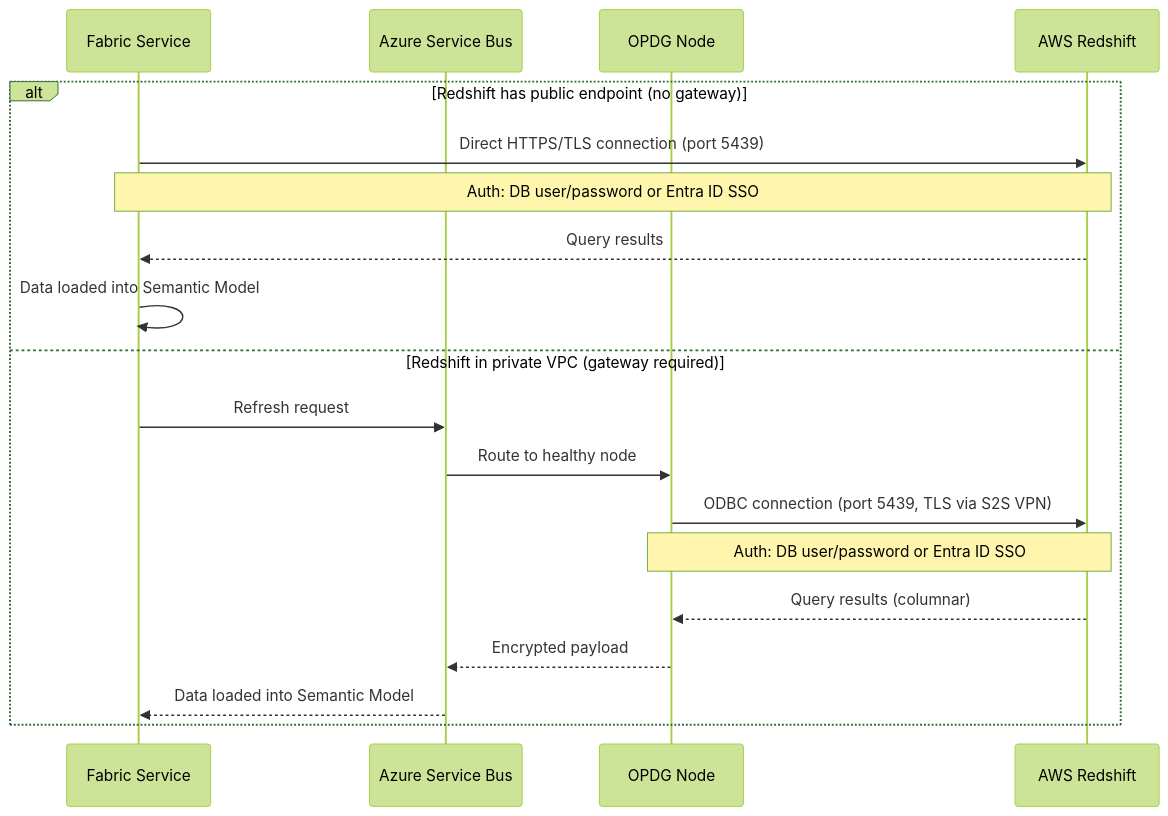
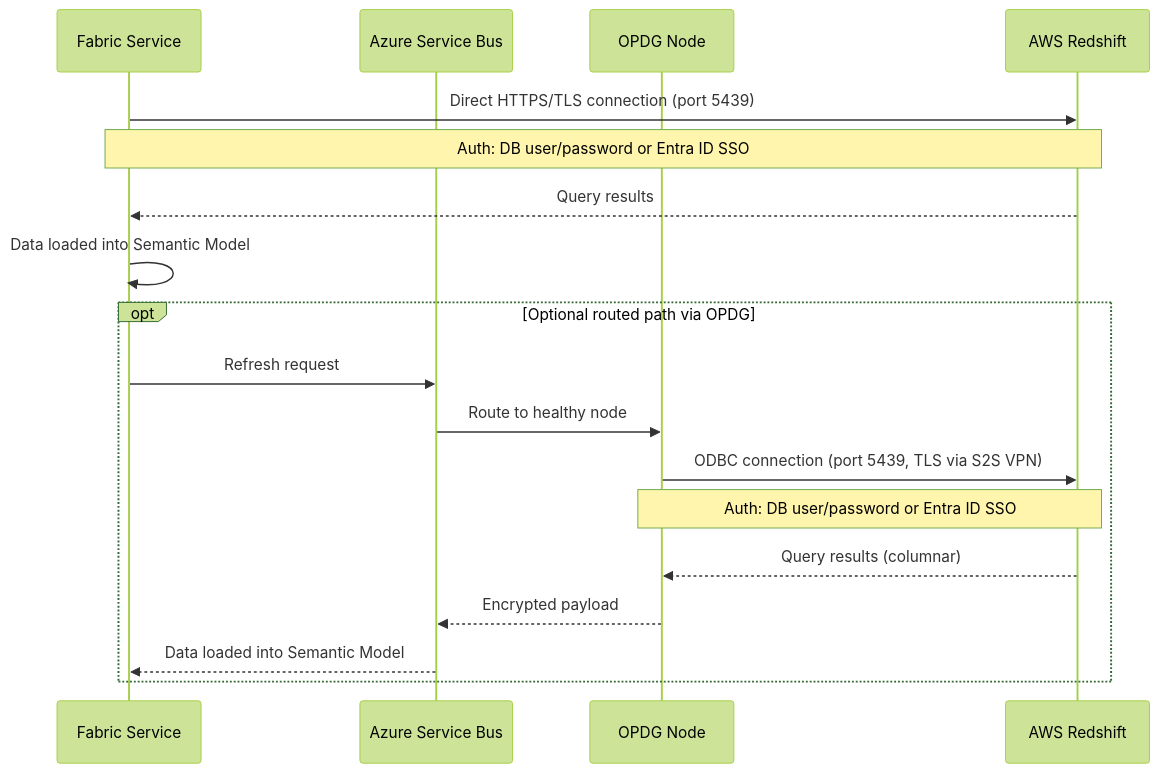
The seventh of 8 diagrams in docs/03-aws-connectivity.md (cyphou/Fabric-Gateway), drawn with Mermaid (forest theme) before and after one commit. The commit also changed other lines of this file and 2 other files, not shown here.

Commit message:
Clarify Redshift direct connectivity guidance

````diff
--- a/docs/03-aws-connectivity.md
+++ b/docs/03-aws-connectivity.md
@@ -618,22 +625,22 @@
 ```mermaid
 sequenceDiagram
     participant Fabric as Fabric Service
     participant SB as Azure Service Bus
     participant GW as OPDG Node
     participant RS as AWS Redshift
 
-    alt Redshift has public endpoint (no gateway)
-        Fabric->>RS: Direct HTTPS/TLS connection (port 5439)
-        Note over Fabric,RS: Auth: DB user/password or Entra ID SSO
-        RS-->>Fabric: Query results
-        Fabric->>Fabric: Data loaded into Semantic Model
-    else Redshift in private VPC (gateway required)
+  Fabric->>RS: Direct HTTPS/TLS connection (port 5439)
+  Note over Fabric,RS: Auth: DB user/password or Entra ID SSO
+  RS-->>Fabric: Query results
+  Fabric->>Fabric: Data loaded into Semantic Model
+
+  opt Optional routed path via OPDG
         Fabric->>SB: Refresh request
         SB->>GW: Route to healthy node
         GW->>RS: ODBC connection (port 5439, TLS via S2S VPN)
         Note over GW,RS: Auth: DB user/password or Entra ID SSO
         RS-->>GW: Query results (columnar)
         GW-->>SB: Encrypted payload
         SB-->>Fabric: Data loaded into Semantic Model
-    end
+  end
 ```
````
